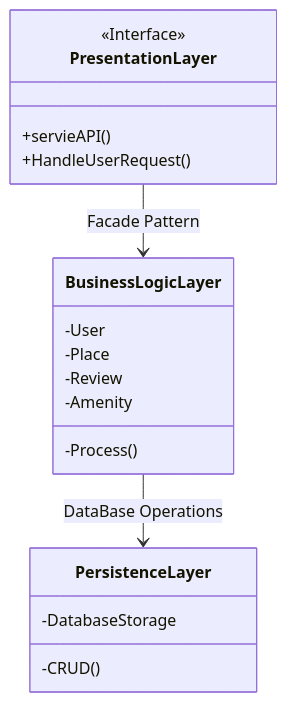
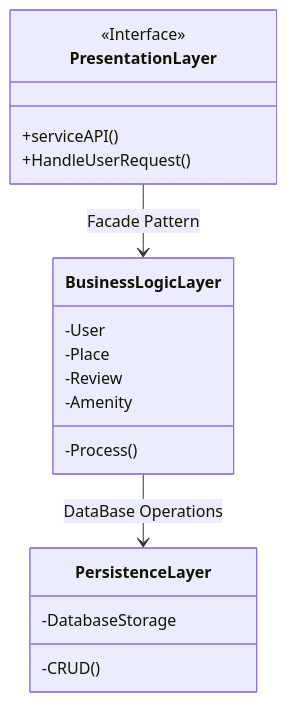
Before and after one commit to Basco64/HBNB_UML: the diagram in High-Level_Package_Diagram.md, drawn with Mermaid.

````diff
--- a/High-Level_Package_Diagram.md
+++ b/High-Level_Package_Diagram.md
@@ -1,23 +1,23 @@
 ```mermaid
 classDiagram
 
 class PresentationLayer {
     <<Interface>>
-    +servieAPI()
+    +serviceAPI()
     +HandleUserRequest()
 }
 class BusinessLogicLayer {
     -User
     -Place
     -Review
     -Amenity
     -Process()
 }
 class PersistenceLayer {
     -DatabaseStorage
     -CRUD()
 }
 
 PresentationLayer --> BusinessLogicLayer : Facade Pattern
 BusinessLogicLayer --> PersistenceLayer : DataBase Operations
 ```
````
